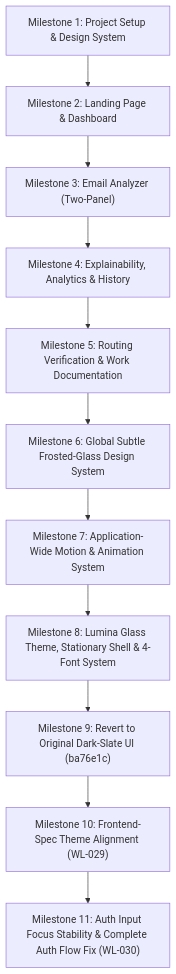
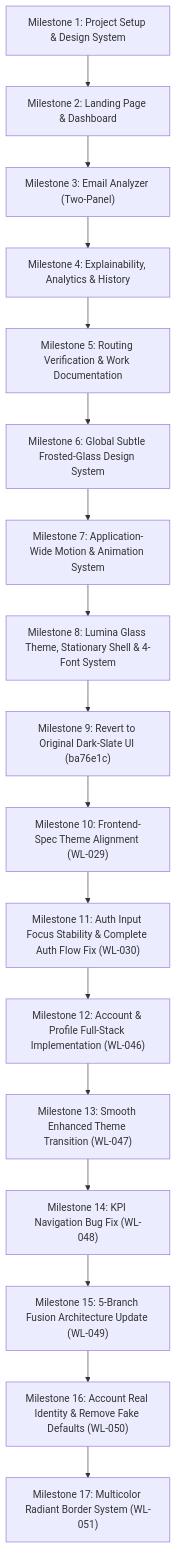
The diagram in PROJECT_WORK_DOCUMENTATION.md (preethamkumar-26/phishing-detector), drawn with Mermaid before and after one commit. The commit also changed other lines of this file and 48 other files, not shown here.

First line of the commit message:
feat: implement full-stack account backend, theme transition, 5-branch architecture, real identity, and radiant border line (WL-046..WL-051)

````diff
--- a/PROJECT_WORK_DOCUMENTATION.md
+++ b/PROJECT_WORK_DOCUMENTATION.md
@@ -51,13 +51,19 @@
 ```mermaid
 flowchart TD
     M1["Milestone 1: Project Setup & Design System"] --> M2["Milestone 2: Landing Page & Dashboard"]
     M2 --> M3["Milestone 3: Email Analyzer (Two-Panel)"]
     M3 --> M4["Milestone 4: Explainability, Analytics & History"]
     M4 --> M5["Milestone 5: Routing Verification & Work Documentation"]
     M5 --> M6["Milestone 6: Global Subtle Frosted-Glass Design System"]
     M6 --> M7["Milestone 7: Application-Wide Motion & Animation System"]
     M7 --> M8["Milestone 8: Lumina Glass Theme, Stationary Shell & 4-Font System"]
     M8 --> M9["Milestone 9: Revert to Original Dark-Slate UI (ba76e1c)"]
     M9 --> M10["Milestone 10: Frontend-Spec Theme Alignment (WL-029)"]
     M10 --> M11["Milestone 11: Auth Input Focus Stability & Complete Auth Flow Fix (WL-030)"]
+    M11 --> M12["Milestone 12: Account & Profile Full-Stack Implementation (WL-046)"]
+    M12 --> M13["Milestone 13: Smooth Enhanced Theme Transition (WL-047)"]
+    M13 --> M14["Milestone 14: KPI Navigation Bug Fix (WL-048)"]
+    M14 --> M15["Milestone 15: 5-Branch Fusion Architecture Update (WL-049)"]
+    M15 --> M16["Milestone 16: Account Real Identity & Remove Fake Defaults (WL-050)"]
+    M16 --> M17["Milestone 17: Multicolor Radiant Border System (WL-051)"]
 ```
````
